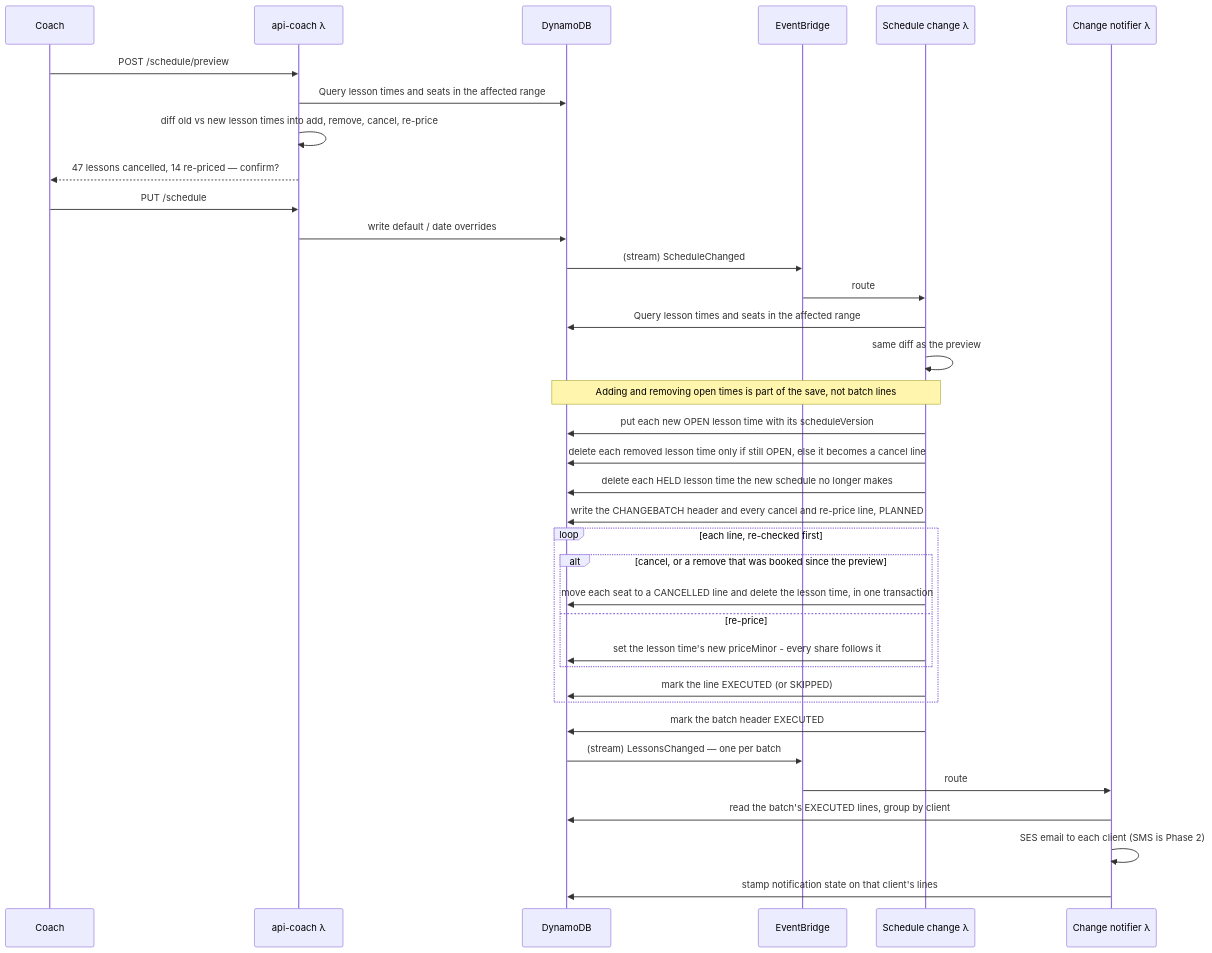
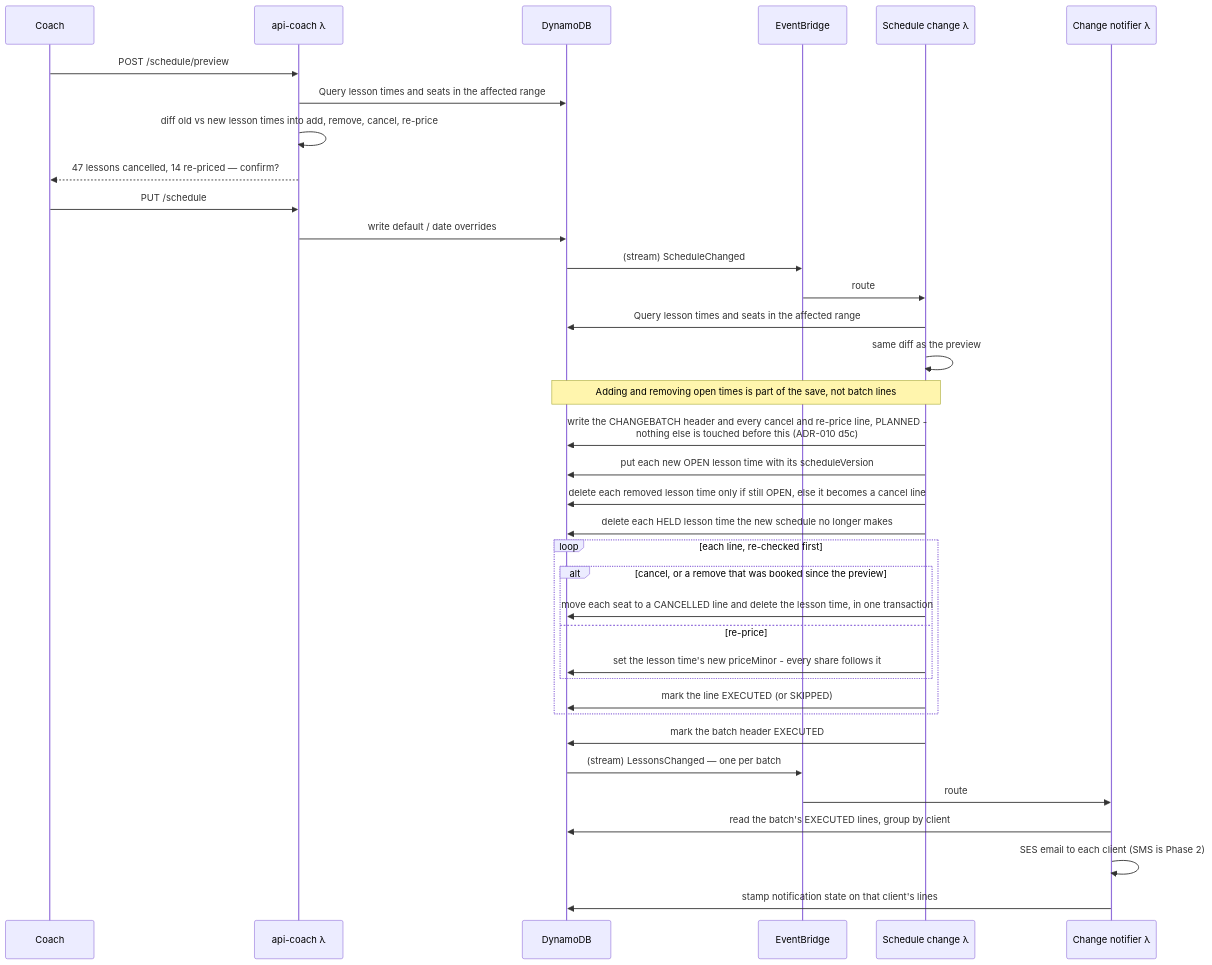
One commit to jessicamvega6/bladebook changed the diagram in docs/adr/ADR-006-open-booking-recurring-lessons-and-cancellation.md. Above: the diagram before and after it, drawn with Mermaid. The commit also changed other lines of this file and 32 other files, not shown here.

First line of the commit message:
Bring docs and diagrams in line with ADR-033 and today's decisions

````diff
--- a/docs/adr/ADR-006-open-booking-recurring-lessons-and-cancellation.md
+++ b/docs/adr/ADR-006-open-booking-recurring-lessons-and-cancellation.md
@@ -469,38 +469,38 @@
 ```mermaid
 sequenceDiagram
     participant C as Coach
     participant API as api-coach λ
     participant DB as DynamoDB
     participant Bus as EventBridge
     participant X as Schedule change λ
     participant N as Change notifier λ
     C->>API: POST /schedule/preview
     API->>DB: Query lesson times and seats in the affected range
     API->>API: diff old vs new lesson times into add, remove, cancel, re-price
     API-->>C: 47 lessons cancelled, 14 re-priced — confirm?
     C->>API: PUT /schedule
     API->>DB: write default / date overrides
     DB->>Bus: (stream) ScheduleChanged
     Bus->>X: route
     X->>DB: Query lesson times and seats in the affected range
     X->>X: same diff as the preview
     Note over X,DB: Adding and removing open times is part of the save, not batch lines
+    X->>DB: write the CHANGEBATCH header and every cancel and re-price line, PLANNED -<br/>nothing else is touched before this (ADR-010 d5c)
     X->>DB: put each new OPEN lesson time with its scheduleVersion
     X->>DB: delete each removed lesson time only if still OPEN, else it becomes a cancel line
     X->>DB: delete each HELD lesson time the new schedule no longer makes
-    X->>DB: write the CHANGEBATCH header and every cancel and re-price line, PLANNED
     loop each line, re-checked first
         alt cancel, or a remove that was booked since the preview
             X->>DB: move each seat to a CANCELLED line and delete the lesson time, in one transaction
         else re-price
             X->>DB: set the lesson time's new priceMinor - every share follows it
         end
         X->>DB: mark the line EXECUTED (or SKIPPED)
     end
     X->>DB: mark the batch header EXECUTED
     DB->>Bus: (stream) LessonsChanged — one per batch
     Bus->>N: route
     N->>DB: read the batch's EXECUTED lines, group by client
     N->>N: SES email to each client (SMS is Phase 2)
     N->>DB: stamp notification state on that client's lines
 ```
````
